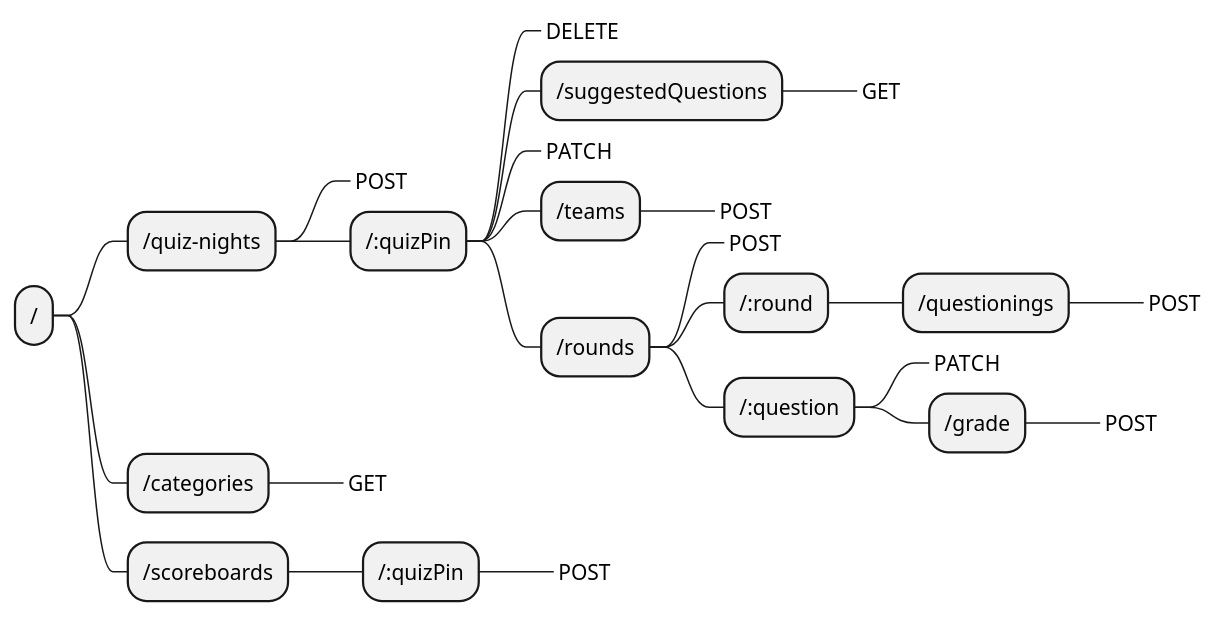
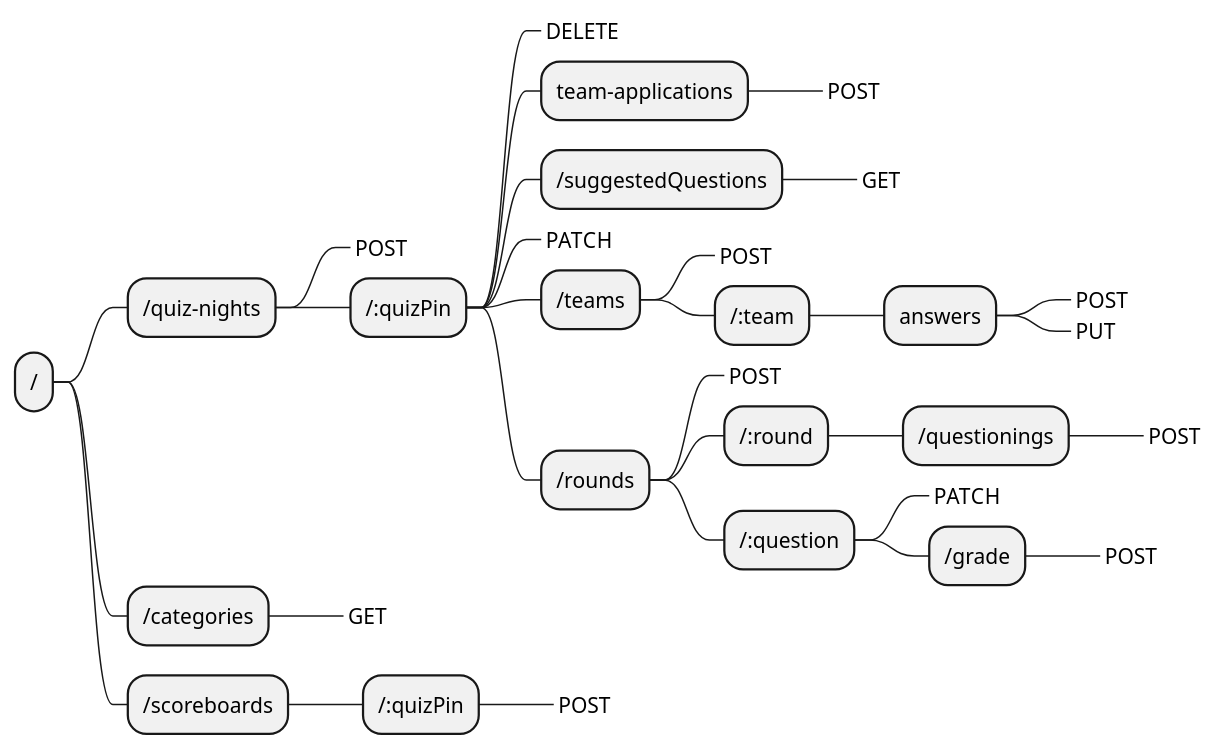
One commit to TomVermeer/dwaquiz changed the first of 2 diagrams in docs/apiDocs.md. Above: the diagram before and after it, drawn with PlantUML.

Commit message:
update api route diagram

````diff
--- a/docs/apiDocs.md
+++ b/docs/apiDocs.md
@@ -22,28 +22,34 @@
 ```puml
 @startmindmap
 * /
  * /quiz-nights
   *_ POST
   * /:quizPin
    *_ DELETE
+   * team-applications
+    *_ POST
    * /suggestedQuestions
     *_ GET
    *_ PATCH
    * /teams
     *_ POST
+    * /:team
+     * answers
+      *_ POST
+      *_ PUT
    * /rounds
     *_ POST
     * /:round
      * /questionings
       *_ POST
     * /:question
      *_ PATCH
      * /grade
       *_ POST
  * /categories
   *_ GET
  * /scoreboards
   * /:quizPin
    *_ POST
 @endmindmap
 ```
````
